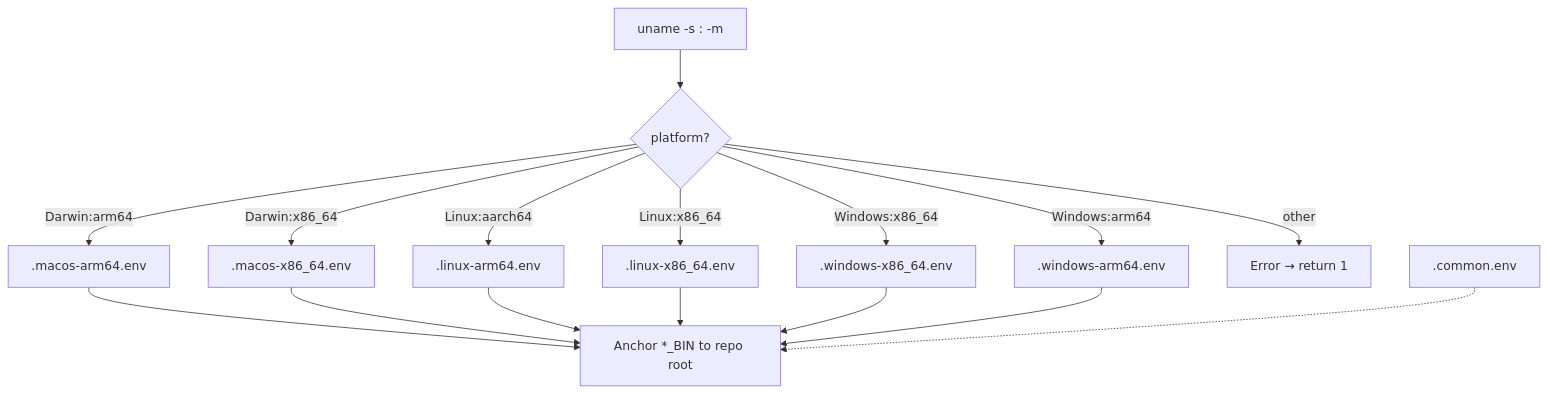
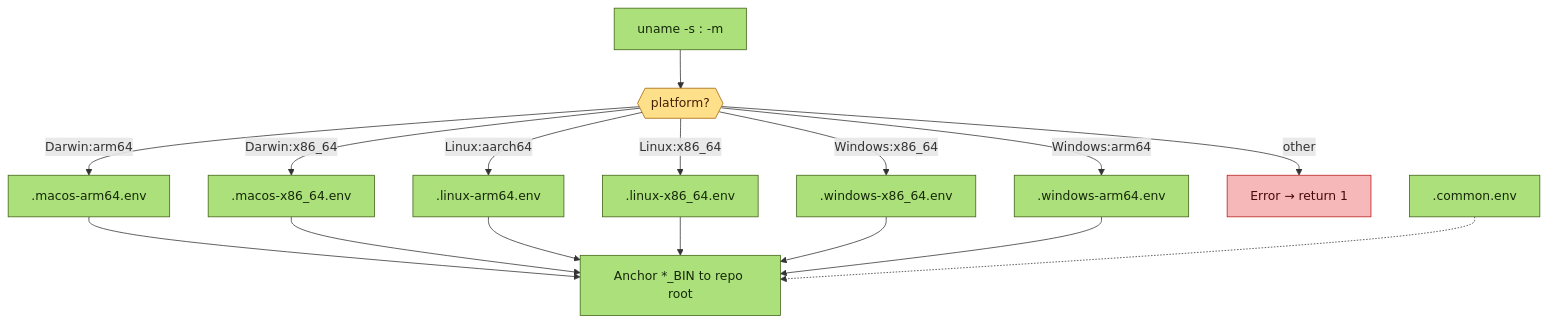
Before and after one commit to fordaj/barnacle: the diagram in scripts/env.sh.md, drawn with Mermaid. The commit also changed 23 other files, not shown here.

````diff
--- a/scripts/env.sh.md
+++ b/scripts/env.sh.md
@@ -3,18 +3,25 @@
 ```mermaid
 flowchart TD
-    Uname[uname -s : -m] --> Check{platform?}
-    Check -->|Darwin:arm64| MacArm[.macos-arm64.env]
-    Check -->|Darwin:x86_64| Mac86[.macos-x86_64.env]
-    Check -->|Linux:aarch64| LinArm[.linux-arm64.env]
-    Check -->|Linux:x86_64| Lin86[.linux-x86_64.env]
-    Check -->|Windows:x86_64| Win86[.windows-x86_64.env]
-    Check -->|Windows:arm64| WinArm[.windows-arm64.env]
+    Uname[uname -s : -m] --> Check{{"platform?"}}
+    Check -->|Darwin:arm64| MacArm[".macos-arm64.env"]
+    Check -->|Darwin:x86_64| Mac86[".macos-x86_64.env"]
+    Check -->|Linux:aarch64| LinArm[".linux-arm64.env"]
+    Check -->|Linux:x86_64| Lin86[".linux-x86_64.env"]
+    Check -->|Windows:x86_64| Win86[".windows-x86_64.env"]
+    Check -->|Windows:arm64| WinArm[".windows-arm64.env"]
     Check -->|other| Error[Error → return 1]
     MacArm --> Anchor[Anchor *_BIN to repo root]
     Mac86 --> Anchor
     LinArm --> Anchor
     Lin86 --> Anchor
     Win86 --> Anchor
     WinArm --> Anchor
-    Common[.common.env] -.-> Anchor
+    Common[".common.env"] -.-> Anchor
+    class Uname,Anchor shFile
+    class Check hexNode
+    class MacArm,Mac86,LinArm,Lin86,Win86,WinArm,Common shFile
+    class Error errNode
+    classDef shFile fill:#abe07a,stroke:#3f6212,color:#16280a
+    classDef hexNode fill:#ffe08a,stroke:#a16207,color:#422006
+    classDef errNode fill:#f6b8b8,stroke:#b91c1c,color:#450a0a
 ```
````
